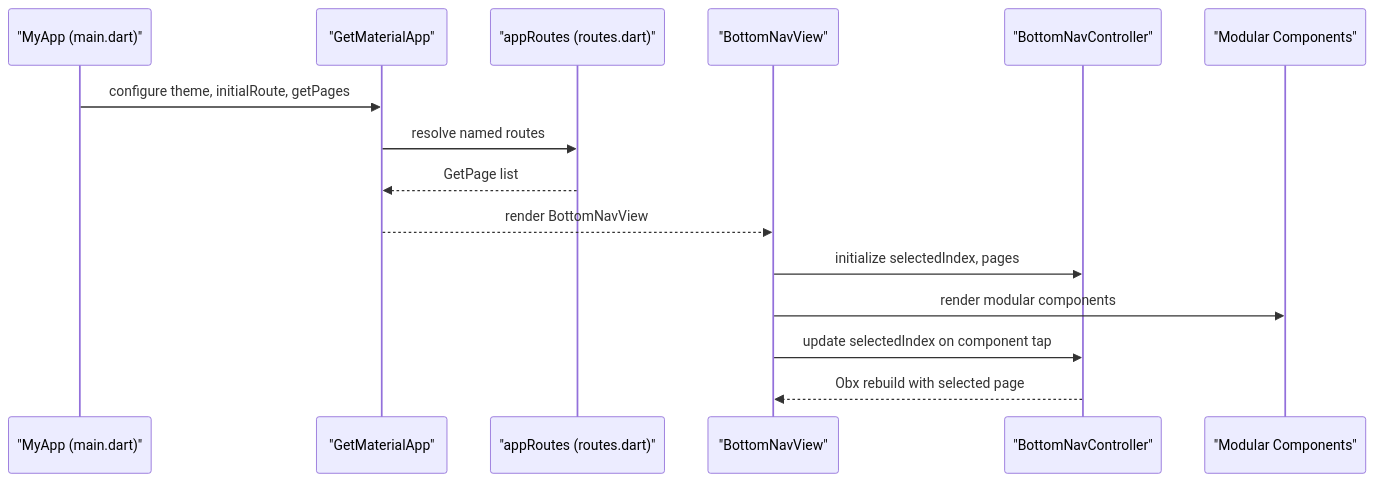
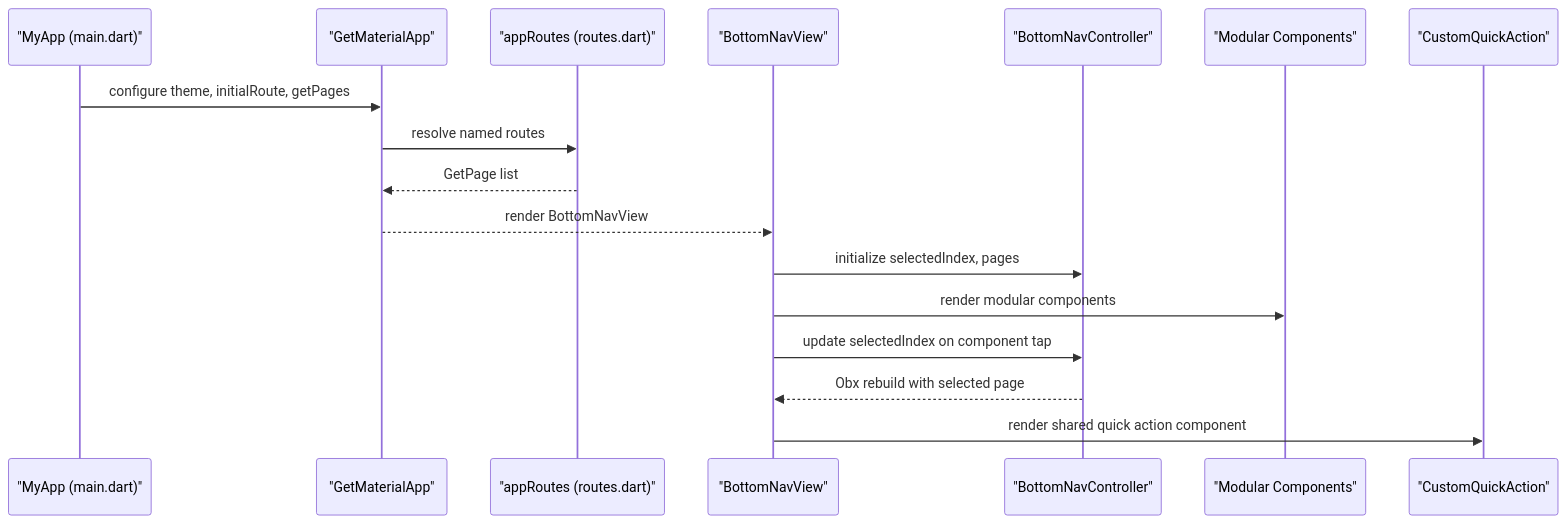
One commit to Ariful3111/FurniGo changed the second of 10 diagrams in .qoder/repowiki/en/content/Core Features/Dashboard and Navigation.md. Above: the diagram before and after it, drawn with Mermaid. The commit also changed other lines of this file and 67 other files, not shown here.

````diff
--- a/.qoder/repowiki/en/content/Core Features/Dashboard and Navigation.md
+++ b/.qoder/repowiki/en/content/Core Features/Dashboard and Navigation.md
@@ -137,17 +158,19 @@
 ```mermaid
 sequenceDiagram
 participant App as "MyApp (main.dart)"
 participant Router as "GetMaterialApp"
 participant Routes as "appRoutes (routes.dart)"
 participant Nav as "BottomNavView"
 participant Ctrl as "BottomNavController"
 participant Items as "Modular Components"
+participant QAC as "CustomQuickAction"
 App->>Router : configure theme, initialRoute, getPages
 Router->>Routes : resolve named routes
 Routes-->>Router : GetPage list
 Router-->>Nav : render BottomNavView
 Nav->>Ctrl : initialize selectedIndex, pages
 Nav->>Items : render modular components
 Nav->>Ctrl : update selectedIndex on component tap
 Ctrl-->>Nav : Obx rebuild with selected page
+Nav->>QAC : render shared quick action component
 ```
````
